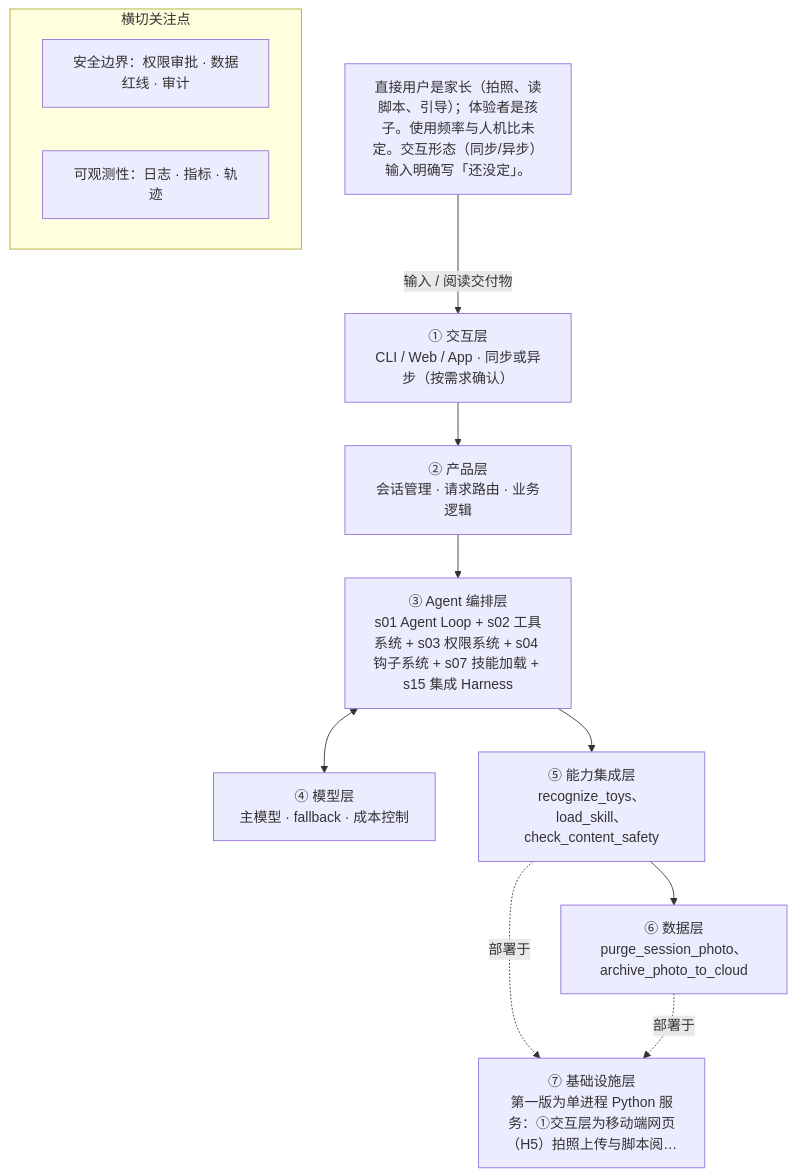
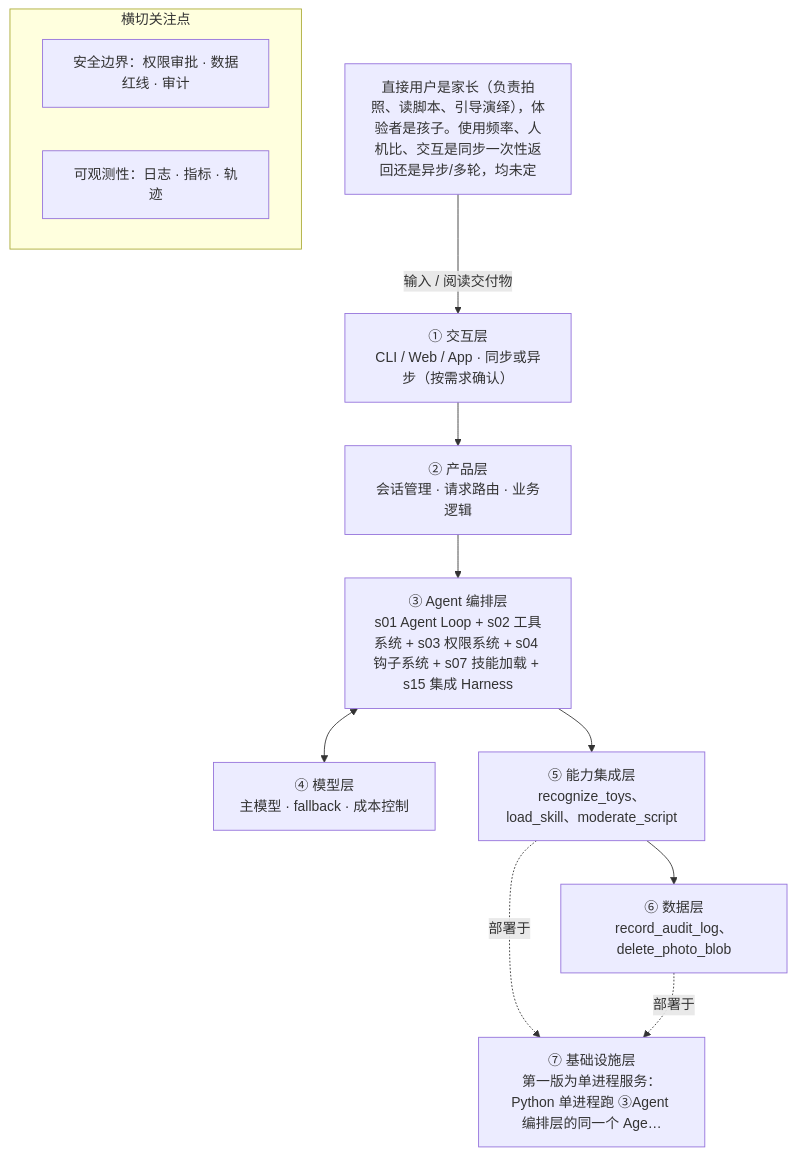
The diagram in docs/examples/方案示例-玩具剧场-真实运行.md (hubooooooo/agent-blueprint), drawn with Mermaid before and after one commit. The commit also changed other lines of this file and 38 other files, not shown here.

````diff
--- a/docs/examples/方案示例-玩具剧场-真实运行.md
+++ b/docs/examples/方案示例-玩具剧场-真实运行.md
@@ -104,22 +103,22 @@
 ```mermaid
 flowchart TD
-    U["直接用户是家长（拍照、读脚本、引导）；体验者是孩子。使用频率与人机比未定。交互形态（同步/异步）输入明确写「还没定」。"] -->|输入 / 阅读交付物| L1
+    U["直接用户是家长（负责拍照、读脚本、引导演绎），体验者是孩子。使用频率、人机比、交互是同步一次性返回还是异步/多轮，均未定"] -->|输入 / 阅读交付物| L1
     L1["① 交互层<br/>CLI / Web / App · 同步或异步（按需求确认）"]
     L2["② 产品层<br/>会话管理 · 请求路由 · 业务逻辑"]
     L3["③ Agent 编排层<br/>s01 Agent Loop + s02 工具系统 + s03 权限系统 + s04 钩子系统 + s07 技能加载 + s15 集成 Harness"]
     L4["④ 模型层<br/>主模型 · fallback · 成本控制"]
-    L5["⑤ 能力集成层<br/>recognize_toys、load_skill、check_content_safety"]
-    L6["⑥ 数据层<br/>purge_session_photo、archive_photo_to_cloud"]
-    L7["⑦ 基础设施层<br/>第一版为单进程 Python 服务：①交互层为移动端网页（H5）拍照上传与脚本阅…"]
+    L5["⑤ 能力集成层<br/>recognize_toys、load_skill、moderate_script"]
+    L6["⑥ 数据层<br/>record_audit_log、delete_photo_blob"]
+    L7["⑦ 基础设施层<br/>第一版为单进程服务：Python 单进程跑 ③Agent 编排层的同一个 Age…"]
     L1 --> L2
     L2 --> L3
     L3 <--> L4
     L3 --> L5
     L5 --> L6
     L5 -.->|部署于| L7
     L6 -.->|部署于| L7
     subgraph 横切关注点
         SEC["安全边界：权限审批 · 数据红线 · 审计"]
         OBS["可观测性：日志 · 指标 · 轨迹"]
     end
 ```
````
